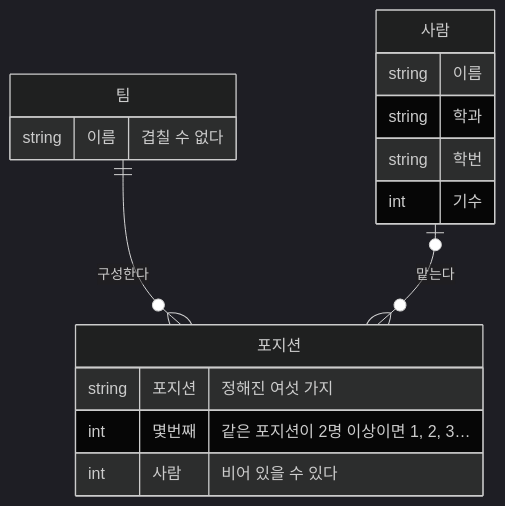
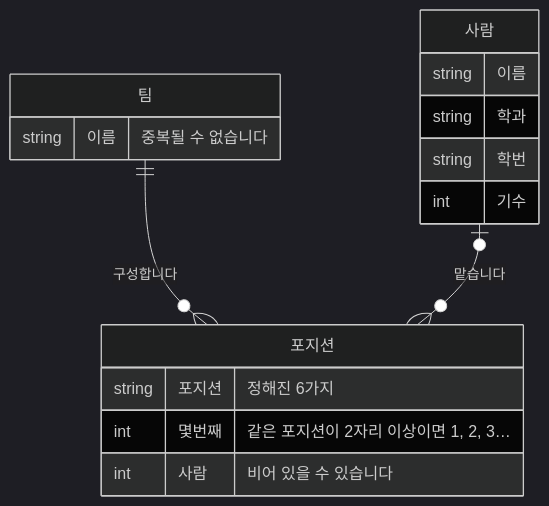
One commit to minkong-dev/Banblit changed the diagram in .cluedoc/teams/README.md. Above: the diagram before and after it, drawn with Mermaid (dark theme). The commit also changed other lines of this file and 188 other files, not shown here.

````diff
--- a/.cluedoc/teams/README.md
+++ b/.cluedoc/teams/README.md
@@ -18,19 +18,19 @@
 ```mermaid
 erDiagram
-    팀 ||--o{ 포지션 : "구성한다"
-    사람 |o--o{ 포지션 : "맡는다"
+    팀 ||--o{ 포지션 : "구성합니다"
+    사람 |o--o{ 포지션 : "맡습니다"
     팀 {
-        string 이름 "겹칠 수 없다"
+        string 이름 "중복될 수 없습니다"
     }
     포지션 {
-        string 포지션 "정해진 여섯 가지"
-        int 몇번째 "같은 포지션이 2명 이상이면 1, 2, 3…"
-        int 사람 "비어 있을 수 있다"
+        string 포지션 "정해진 6가지"
+        int 몇번째 "같은 포지션이 2자리 이상이면 1, 2, 3…"
+        int 사람 "비어 있을 수 있습니다"
     }
     사람 {
         string 이름
         string 학과
         string 학번
         int 기수
     }
 ```
````
